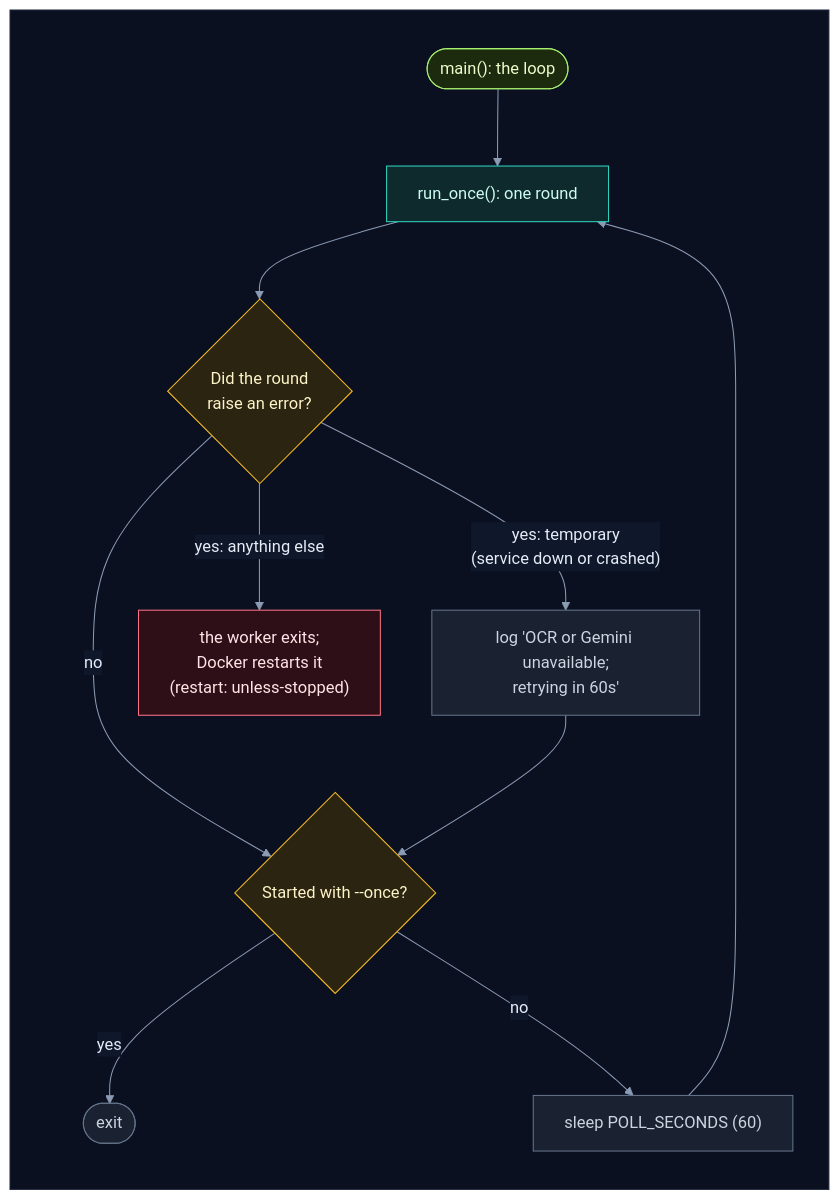
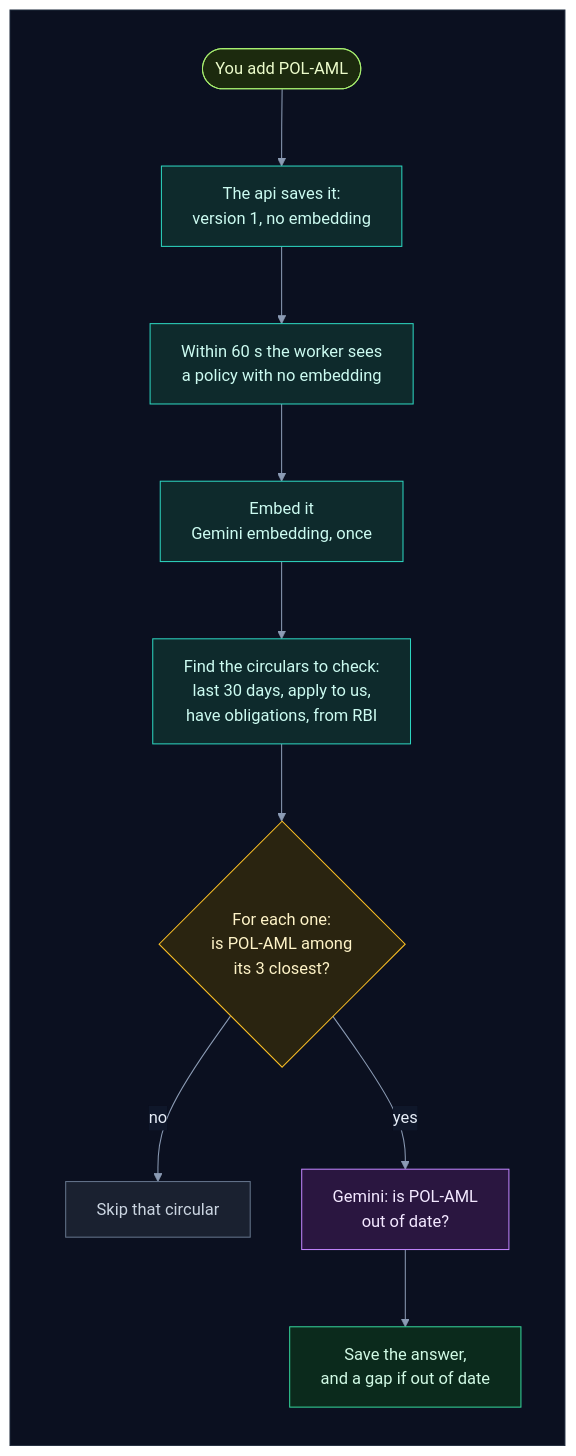
One commit to selvakumarperumal/Regulatory_Circular_Impact_Agent changed the fourth of 12 diagrams in how_the_worker_works.md. Above: the diagram before and after it, drawn with Mermaid. The commit also changed other lines of this file and 4 other files, not shown here.

````diff
--- a/how_the_worker_works.md
+++ b/how_the_worker_works.md
@@ -195,32 +248,31 @@
 ```mermaid
 %%{init: {"theme": "base", "flowchart": {"diagramPadding": 0}, "themeVariables": {"darkMode": true, "primaryColor": "#16213a", "primaryTextColor": "#e6edf7", "primaryBorderColor": "#475a7a", "lineColor": "#8b9bb4", "secondaryColor": "#1b2436", "tertiaryColor": "#101a2e", "edgeLabelBackground": "#0f172a", "textColor": "#e2e8f0", "clusterBkg": "#0f1728", "clusterBorder": "#2b3a55", "titleColor": "#c4b5fd", "nodeTextColor": "#e6edf7"}}}%%
 flowchart TD
     subgraph canvas[" "]
         direction TB
-        start(["main(): the loop"]) --> run["run_once(): one round"]
-        run --> ok{"Did the round<br/>raise an error?"}
-        ok -->|"no"| once{"Started with --once?"}
-        ok -->|"yes: temporary<br/>(service down or crashed)"| warn["log 'OCR or Gemini unavailable;<br/>retrying in 60s'"]
-        ok -->|"yes: anything else"| crash["the worker exits;<br/>Docker restarts it<br/>(restart: unless-stopped)"]
-        warn --> once
-        once -->|"yes"| stop(["exit"])
-        once -->|"no"| sleep["sleep POLL_SECONDS (60)"]
-        sleep --> run
+        add(["You add POL-AML"]) --> api["The api saves it:<br/>version 1, no embedding"]
+        api --> wake["Within 60 s the worker sees<br/>a policy with no embedding"]
+        wake --> emb["Embed it<br/>Gemini embedding, once"]
+        emb --> find["Find the circulars to check:<br/>last 30 days, apply to us,<br/>have obligations, from RBI"]
+        find --> top{"For each one:<br/>is POL-AML among<br/>its 3 closest?"}
+        top -->|"no"| skip["Skip that circular"]
+        top -->|"yes"| ask["Gemini: is POL-AML<br/>out of date?"]
+        ask --> save["Save the answer,<br/>and a gap if out of date"]
     end
     classDef svc fill:#0e2a2c,stroke:#2dd4bf,color:#ccfbf1
     classDef data fill:#1c1a47,stroke:#818cf8,color:#e0e7ff
     classDef ext fill:#2a1640,stroke:#c084fc,color:#f3e8ff
     classDef gpu fill:#2d1b0c,stroke:#fb923c,color:#ffedd5
     classDef ask fill:#2a2410,stroke:#fbbf24,color:#fef3c7
     classDef ok fill:#0b2a1c,stroke:#34d399,color:#d1fae5
     classDef bad fill:#2e0f17,stroke:#fb7185,color:#ffe4e6
     classDef start fill:#1c2a0e,stroke:#a7ef6f,color:#ecfccb
     classDef muted fill:#1a2130,stroke:#64748b,color:#cbd5e1
-    class start start
-    class run svc
-    class ok,once ask
-    class warn,sleep muted
-    class crash bad
-    class stop muted
+    class add start
+    class api,wake,emb,find svc
+    class top ask
+    class skip muted
+    class ask ext
+    class save ok
     style canvas fill:#0b1020,stroke:#1e293b,color:#0b1020
 ```
````
